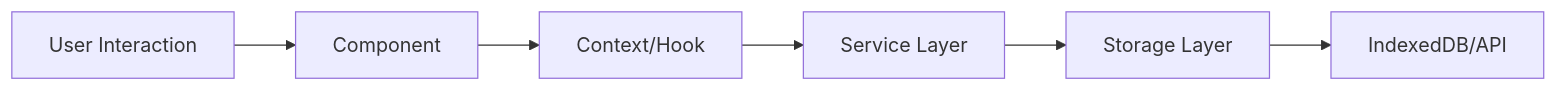
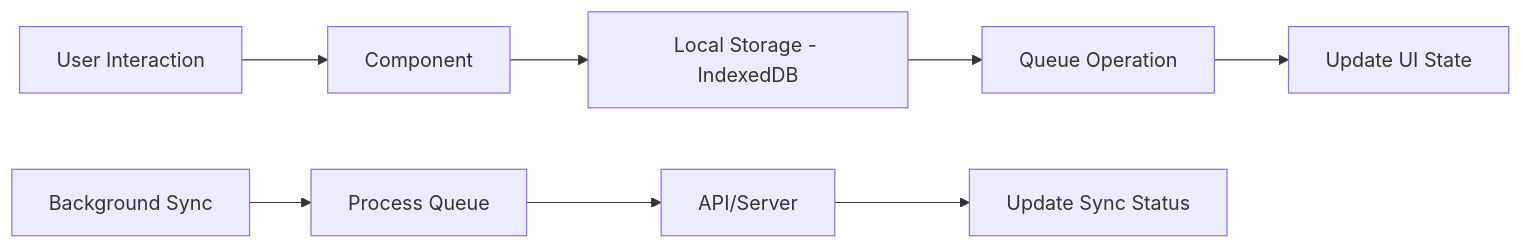
One commit to MROSAZ/sadiid-offline-pos changed the second of 2 diagrams in README.md. Above: the diagram before and after it, drawn with Mermaid. The commit also changed other lines of this file and 12 other files, not shown here.

````diff
--- a/README.md
+++ b/README.md
@@ -457,8 +409,10 @@
 ```mermaid
 graph LR
     A[User Interaction] --> B[Component]
-    B --> C[Context/Hook]
-    C --> D[Service Layer]
-    D --> E[Storage Layer]
-    E --> F[IndexedDB/API]
+    B --> C[Local Storage - IndexedDB]
+    C --> D[Queue Operation]
+    D --> E[Update UI State]
+    F[Background Sync] --> G[Process Queue]
+    G --> H[API/Server]
+    H --> I[Update Sync Status]
 ```
````
